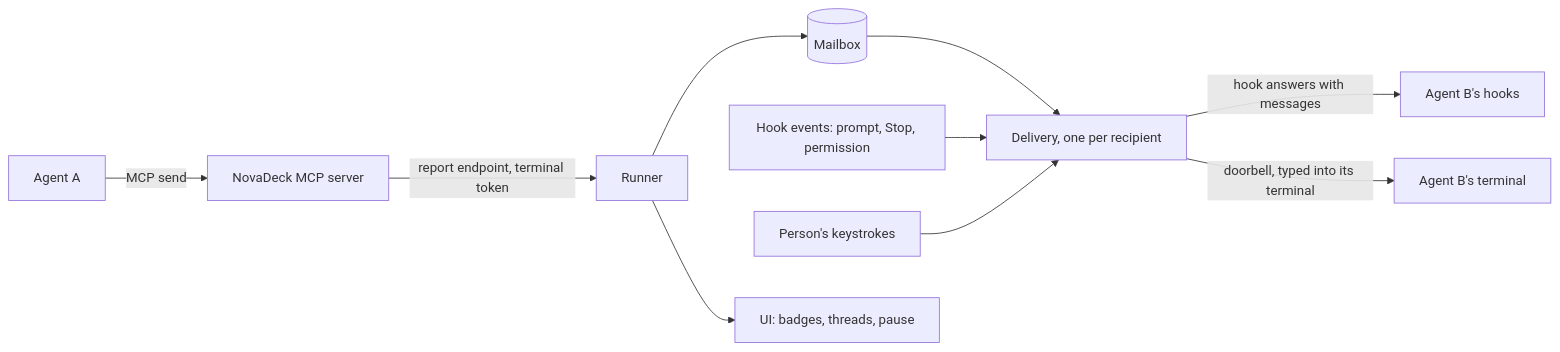
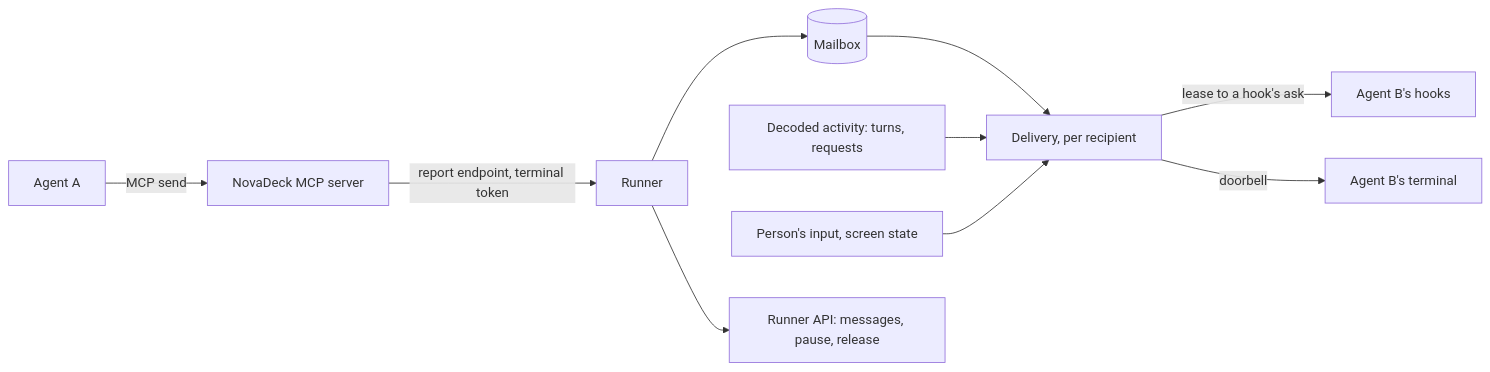
Before and after one commit to mzpkdev/novadeck: the diagram in docs/agent-messaging.md, drawn with Mermaid. The commit also changed other lines of this file, not shown here.

First line of the commit message:
docs: rework agent messaging after the architect's review

````diff
--- a/docs/agent-messaging.md
+++ b/docs/agent-messaging.md
@@ -69,12 +73,12 @@
 ```mermaid
 flowchart LR
   A[Agent A] -->|MCP send| S[NovaDeck MCP server]
   S -->|report endpoint, terminal token| R[Runner]
   R --> M[(Mailbox)]
-  M --> D[Delivery, one per recipient]
-  H[Hook events: prompt, Stop, permission] --> D
-  K[Person's keystrokes] --> D
-  D -->|hook answers with messages| B[Agent B's hooks]
-  D -->|doorbell, typed into its terminal| P[Agent B's terminal]
-  R --> U[UI: badges, threads, pause]
+  M --> D[Delivery, per recipient]
+  H[Decoded activity: turns, requests] --> D
+  K[Person's input, screen state] --> D
+  D -->|lease to a hook's ask| B[Agent B's hooks]
+  D -->|doorbell| P[Agent B's terminal]
+  R --> U[Runner API: messages, pause, release]
 ```
````
